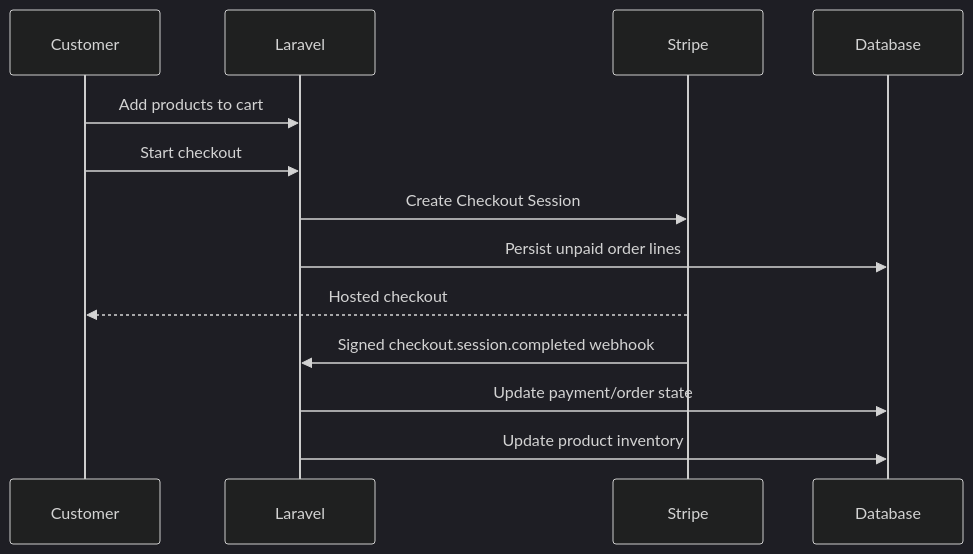
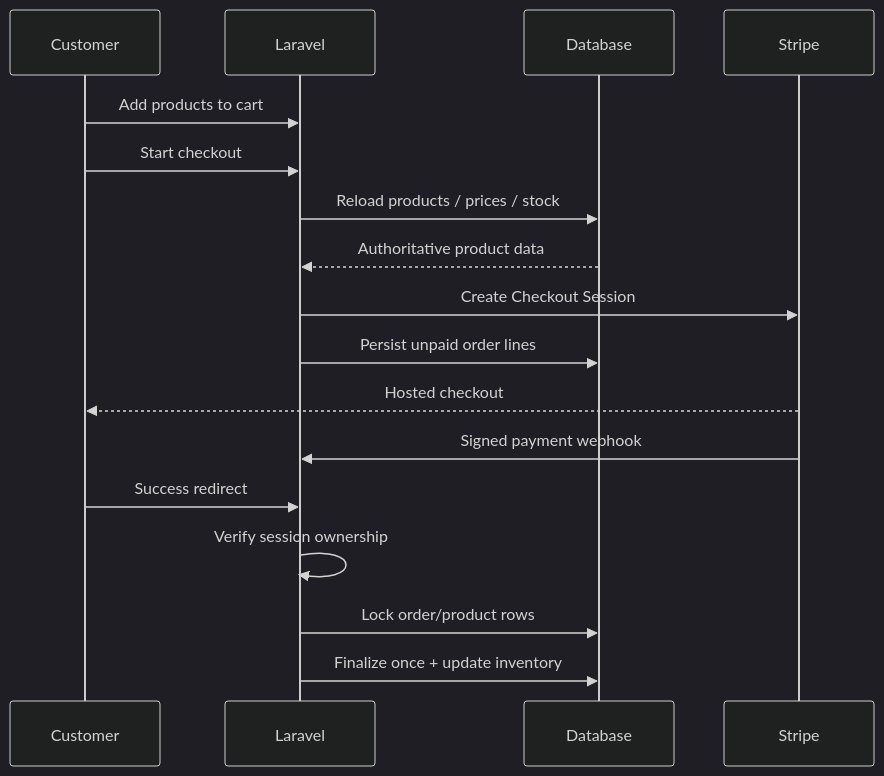
One commit to DagemawiDeveloper/Boldinone changed the second of 2 diagrams in README.md. Above: the diagram before and after it, drawn with Mermaid (dark theme). The commit also changed other lines of this file, not shown here.

Commit message:
docs: present hardened Boldinone payment architecture

````diff
--- a/README.md
+++ b/README.md
@@ -67,16 +77,20 @@
 ```mermaid
 sequenceDiagram
     participant U as Customer
     participant L as Laravel
+    participant D as Database
     participant S as Stripe
-    participant D as Database
 
     U->>L: Add products to cart
     U->>L: Start checkout
+    L->>D: Reload products / prices / stock
+    D-->>L: Authoritative product data
     L->>S: Create Checkout Session
     L->>D: Persist unpaid order lines
     S-->>U: Hosted checkout
-    S->>L: Signed checkout.session.completed webhook
-    L->>D: Update payment/order state
-    L->>D: Update product inventory
+    S->>L: Signed payment webhook
+    U->>L: Success redirect
+    L->>L: Verify session ownership
+    L->>D: Lock order/product rows
+    L->>D: Finalize once + update inventory
 ```
````
